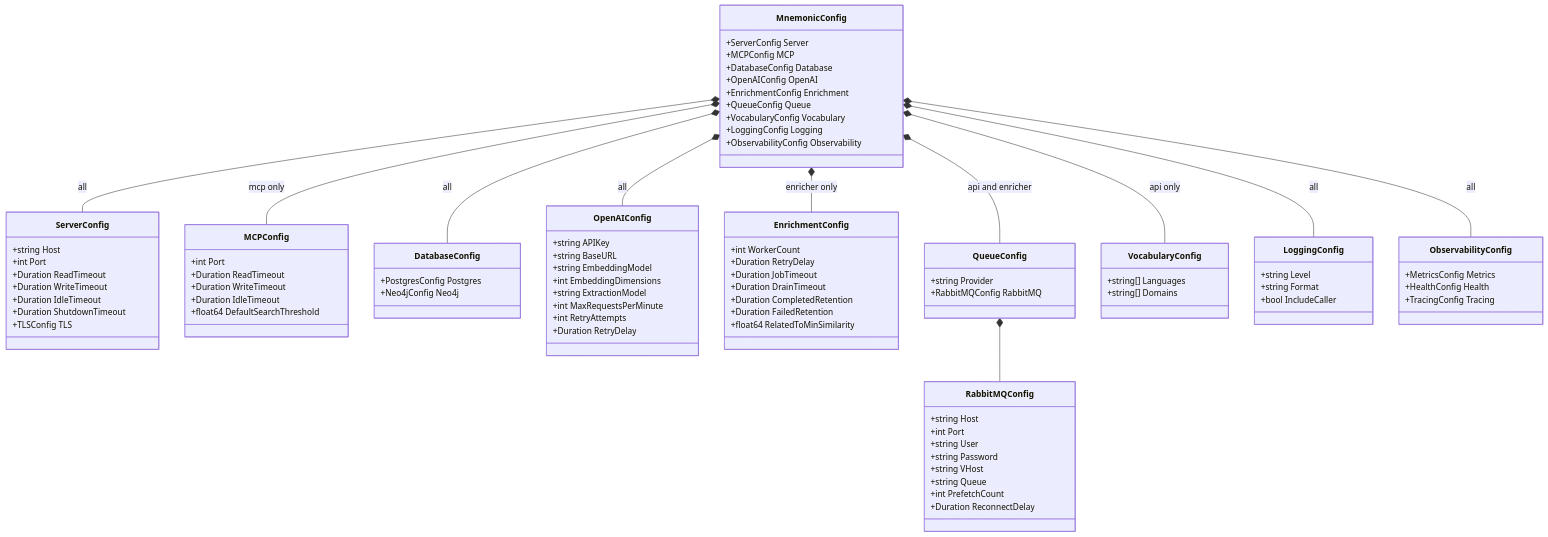
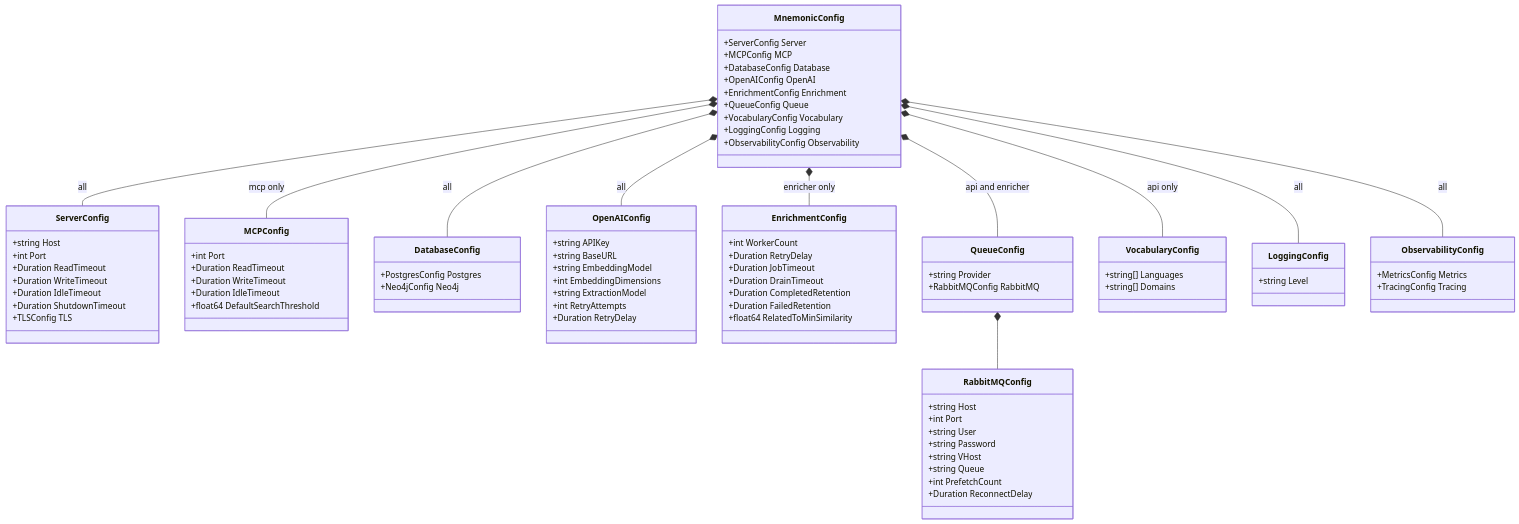
One commit to twistingmercury/mnemonic-docs changed the second of 2 diagrams in docs/design/configuration.md. Above: the diagram before and after it, drawn with Mermaid. The commit also changed other lines of this file and 19 other files, not shown here.

First line of the commit message:
docs: match the service fixes and the mnemonic-dbs schema

```diff
--- a/docs/design/configuration.md
+++ b/docs/design/configuration.md
@@ -842,7 +822,6 @@
         +string EmbeddingModel
         +int EmbeddingDimensions
         +string ExtractionModel
-        +int MaxRequestsPerMinute
         +int RetryAttempts
         +Duration RetryDelay
     }
@@ -880,13 +859,10 @@
 
     class LoggingConfig {
         +string Level
-        +string Format
-        +bool IncludeCaller
     }
 
     class ObservabilityConfig {
         +MetricsConfig Metrics
-        +HealthConfig Health
         +TracingConfig Tracing
     }
 
```
